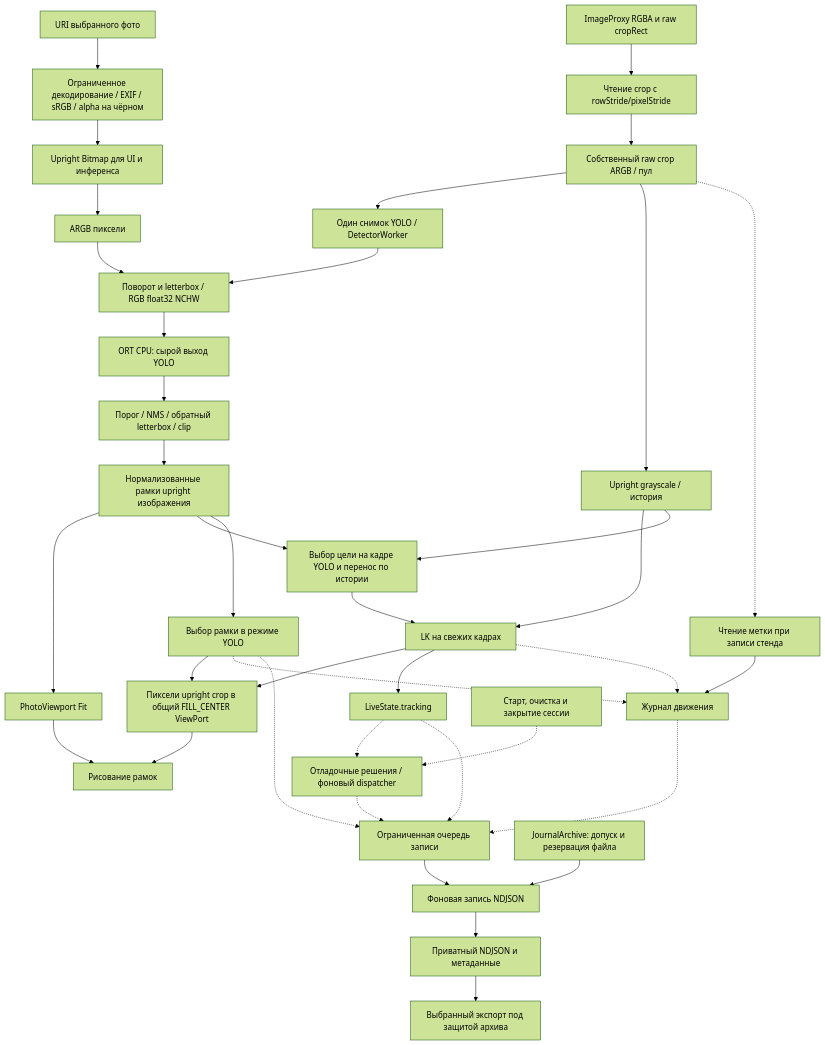
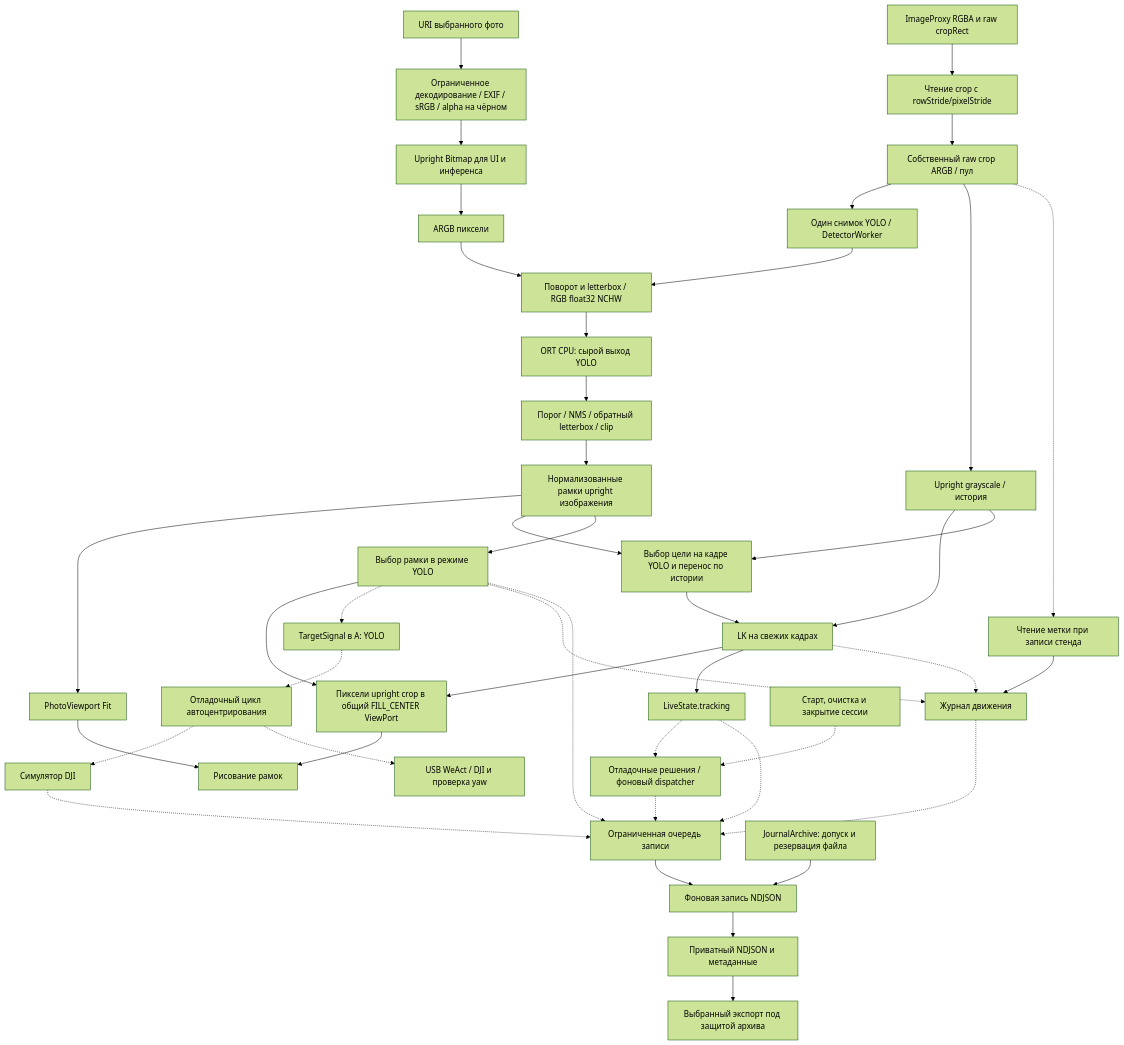
The diagram in docs/architecture/data-flow.md (Kr1st10/drone-cv-android-prototype), drawn with Mermaid (forest theme) before and after one commit. The commit also changed other lines of this file and 71 other files, not shown here.

First line of the commit message:
feat(camera): add DJI bench centering through WeAct

````diff
--- a/docs/architecture/data-flow.md
+++ b/docs/architecture/data-flow.md
@@ -7,40 +7,45 @@
 ```mermaid
 flowchart TD
     P[URI выбранного фото] --> D[Ограниченное декодирование / EXIF / sRGB / alpha на чёрном]
     D --> B[Upright Bitmap для UI и инференса]
     B --> A[ARGB пиксели]
     C[ImageProxy RGBA и raw cropRect] --> R[Чтение crop с rowStride/pixelStride]
     R --> A2[Собственный raw crop ARGB / пул]
     A --> Pre[Поворот и letterbox / RGB float32 NCHW]
     A2 --> Queue[Один снимок YOLO / DetectorWorker]
     A2 --> Gray[Upright grayscale / история]
     Gray --> Track[LK на свежих кадрах]
     Queue --> Pre
     Pre --> ORT[ORT CPU: сырой выход YOLO]
     ORT --> Post[Порог / NMS / обратный letterbox / clip]
     Post --> Norm[Нормализованные рамки upright изображения]
     Norm --> Photo[PhotoViewport Fit]
     Norm --> Correct[Выбор цели на кадре YOLO и перенос по истории]
     Gray --> Correct
     Correct --> Track
     Track --> Camera[Пиксели upright crop в общий FILL_CENTER ViewPort]
     Track --> Signal[LiveState.tracking]
     Norm --> Baseline[Выбор рамки в режиме YOLO]
     Baseline --> Camera
+    Baseline -.-> YoloTarget[TargetSignal в A: YOLO]
+    YoloTarget -.-> Centering[Отладочный цикл автоцентрирования]
+    Centering -.-> Simulation[Симулятор DJI]
+    Centering -.-> Dji[USB WeAct / DJI и проверка yaw]
+    Simulation -.-> Timeline
     A2 -.-> Marker[Чтение метки при записи стенда]
     Marker --> MotionLog[Журнал движения]
     Track -.-> MotionLog
     Baseline -.-> MotionLog
     Signal -.-> DryRun[Отладочные решения / фоновый dispatcher]
     Session[Старт, очистка и закрытие сессии] -.-> DryRun
     DryRun -.-> Timeline[Ограниченная очередь записи]
     Signal -.-> Timeline
     Baseline -.-> Timeline
     MotionLog -.-> Timeline
     Timeline --> Writer[Фоновая запись NDJSON]
     Archive[JournalArchive: допуск и резервация файла] --> Writer
     Writer --> Stored[Приватный NDJSON и метаданные]
     Stored --> Export[Выбранный экспорт под защитой архива]
     Photo --> Draw[Рисование рамок]
     Camera --> Draw
 ```
````
